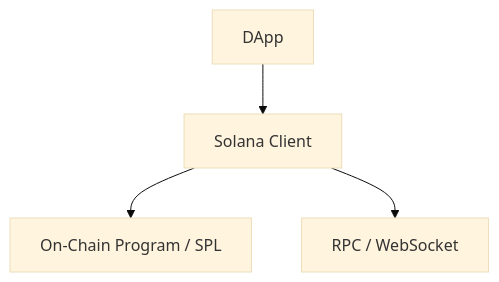
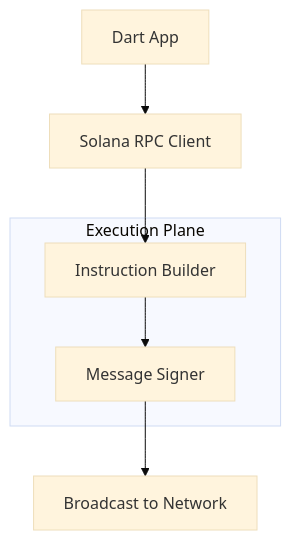
The diagram in dart_web3/packages/extensions/solana/README.md (ImL1s/dart_web3), drawn with Mermaid (base theme) before and after one commit. The commit also changed other lines of this file and 31 other files, not shown here.

````diff
--- a/dart_web3/packages/extensions/solana/README.md
+++ b/dart_web3/packages/extensions/solana/README.md
@@ -14,6 +17,13 @@
 ```mermaid
 graph TD
-    App[DApp] --> SolClient[Solana Client]
-    SolClient --> Program[On-Chain Program / SPL]
-    SolClient --> Connection[RPC / WebSocket]
+    App[Dart App] --> SolClient[Solana RPC Client]
+    
+    subgraph Logic [Execution Plane]
+        Instr[Instruction Builder]
+        Sign[Message Signer]
+    end
+    
+    SolClient --> Instr
+    Instr --> Sign
+    Sign --> Web3[Broadcast to Network]
 ```
````
